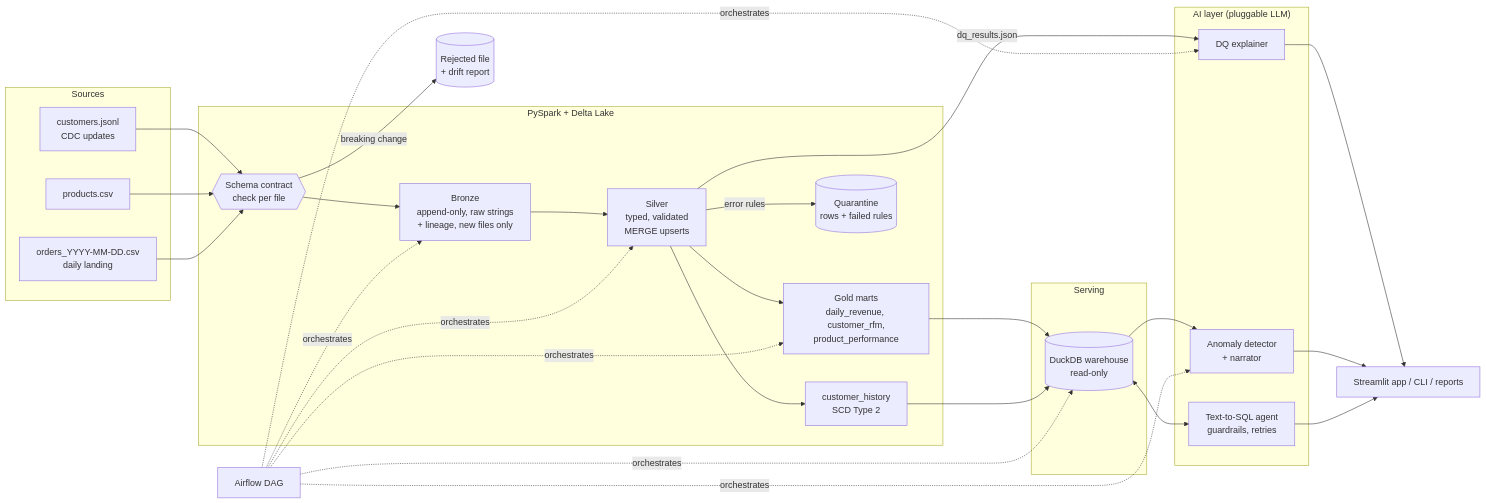
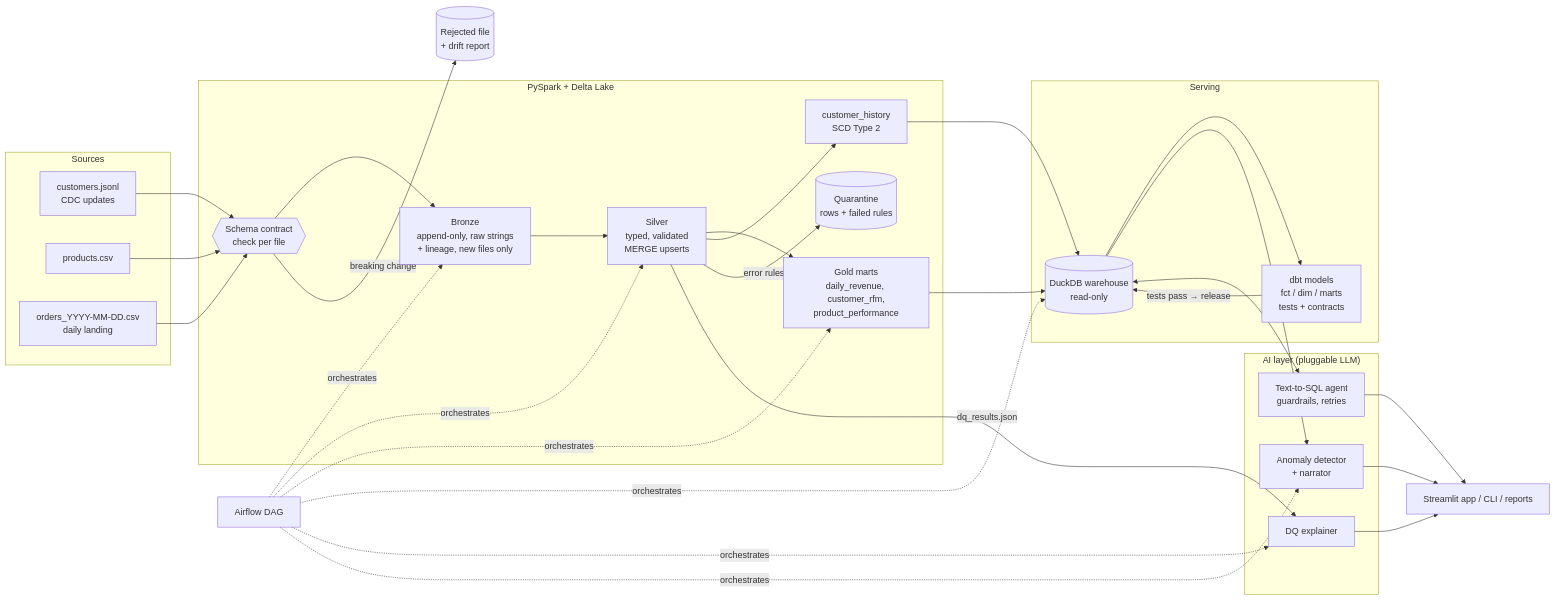
The diagram in README.md (arjunmylagondawork-dev/lakesense-ai), drawn with Mermaid before and after one commit. The commit also changed other lines of this file and 23 other files, not shown here.

First line of the commit message:
dbt analytics layer with enforced contracts and a release gate

````diff
--- a/README.md
+++ b/README.md
@@ -43,37 +44,39 @@
 ```mermaid
 flowchart LR
     subgraph Sources
         A1[customers.jsonl<br/>CDC updates]
         A2[products.csv]
         A3[orders_YYYY-MM-DD.csv<br/>daily landing]
     end
 
     subgraph Lakehouse["PySpark + Delta Lake"]
         C{{Schema contract<br/>check per file}}
         B[Bronze<br/>append-only, raw strings<br/>+ lineage, new files only]
         S[Silver<br/>typed, validated<br/>MERGE upserts]
         H[customer_history<br/>SCD Type 2]
         Q[(Quarantine<br/>rows + failed rules)]
         G[Gold marts<br/>daily_revenue, customer_rfm,<br/>product_performance]
     end
 
     subgraph Serving
         W[(DuckDB warehouse<br/>read-only)]
+        M[dbt models<br/>fct / dim / marts<br/>tests + contracts]
     end
 
     subgraph AI["AI layer (pluggable LLM)"]
         D[DQ explainer]
         N[Anomaly detector<br/>+ narrator]
         T[Text-to-SQL agent<br/>guardrails, retries]
     end
 
     A1 & A2 & A3 --> C --> B --> S --> G --> W
     C -- breaking change --> R[(Rejected file<br/>+ drift report)]
     S --> H --> W
+    W --> M -- "tests pass → release" --> W
     S -- error rules --> Q
     S -- dq_results.json --> D
     W --> N
     W <--> T
     D & N & T --> UI[Streamlit app / CLI / reports]
     AF[Airflow DAG] -. orchestrates .-> B & S & G & W & D & N
 ```
````
